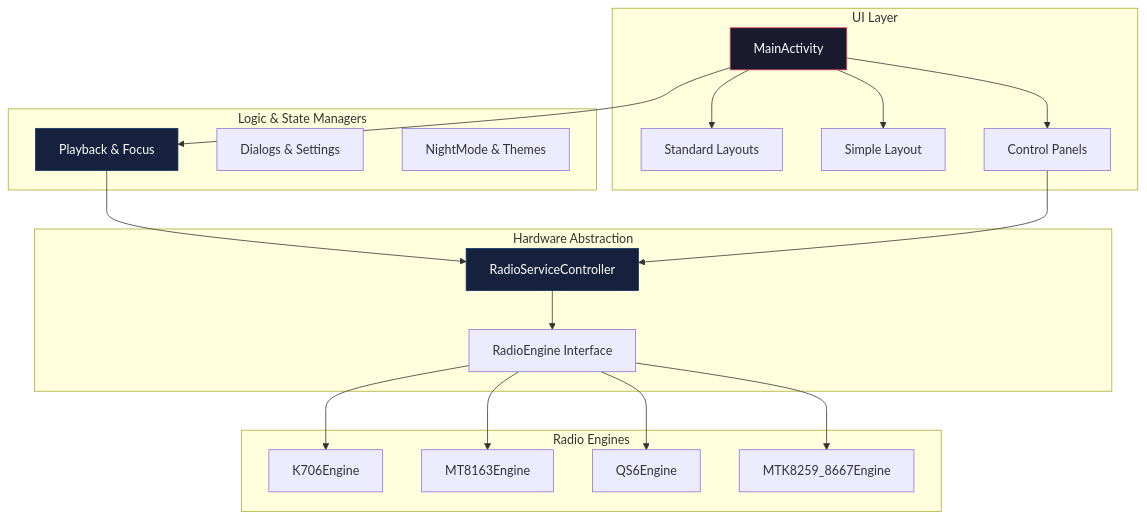
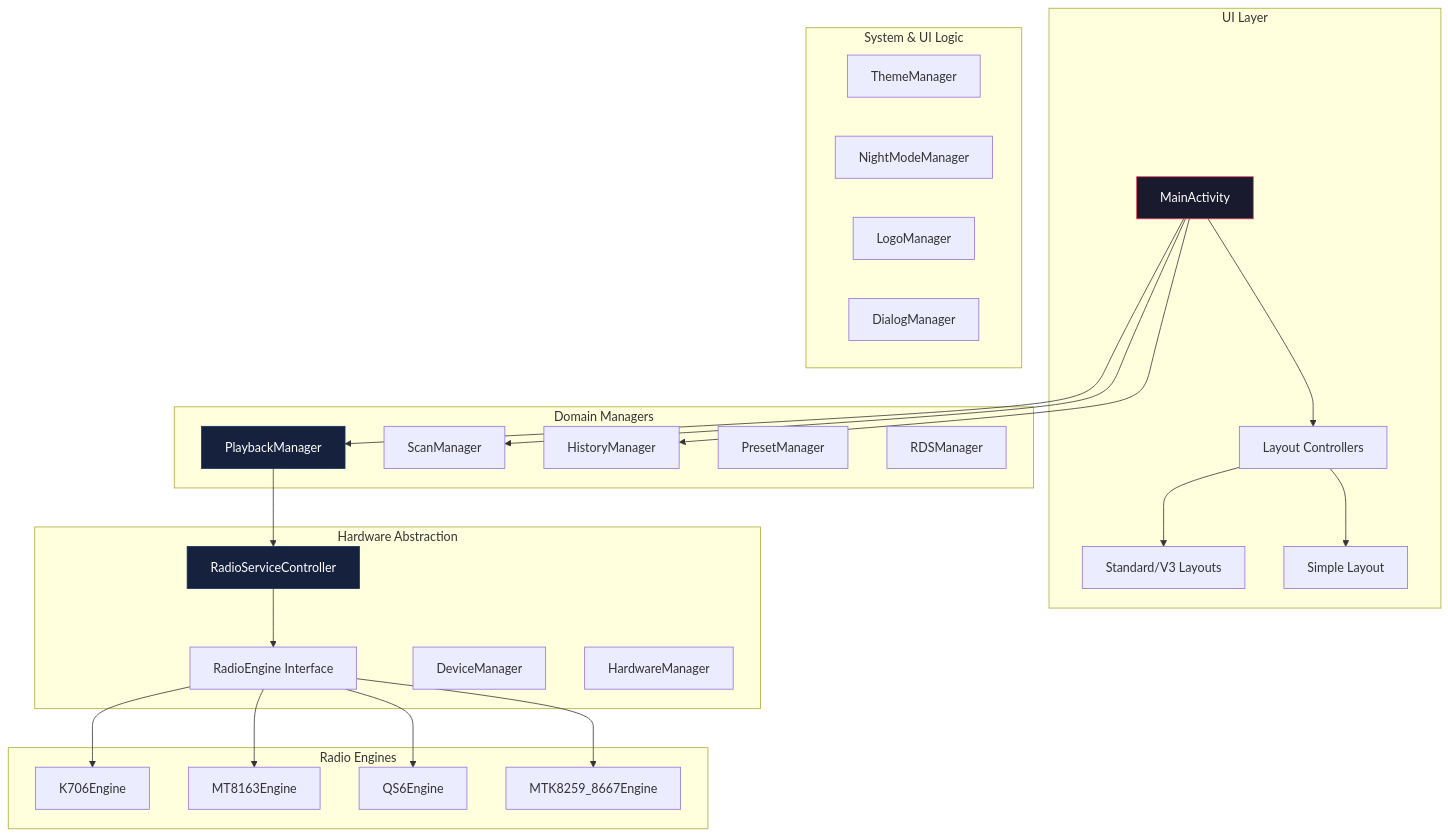
One commit to kapi21/OpenRadioFM changed the diagram in README.md. Above: the diagram before and after it, drawn with Mermaid. The commit also changed other lines of this file and 2 other files, not shown here.

Commit message:
Release V5.0.0 (Stability Beta) - Unified Branding, MTK8259 Support and Architecture Refactor

````diff
--- a/README.md
+++ b/README.md
@@ -56,43 +48,55 @@
 ```mermaid
 graph TB
     subgraph "UI Layer"
         MA[MainActivity]
-        STM[Standard Layouts]
+        LCN[Layout Controllers]
+        STM[Standard/V3 Layouts]
         SLM[Simple Layout]
-        CPM[Control Panels]
     end
 
-    subgraph "Logic & State Managers"
-        PM[Playback & Focus]
-        DM[Dialogs & Settings]
-        NM[NightMode & Themes]
+    subgraph "Domain Managers"
+        PM[PlaybackManager]
+        SM[ScanManager]
+        HM[HistoryManager]
+        PRM[PresetManager]
+        RDS[RDSManager]
+    end
+
+    subgraph "System & UI Logic"
+        TM[ThemeManager]
+        NM[NightModeManager]
+        LM[LogoManager]
+        DM[DialogManager]
     end
 
     subgraph "Hardware Abstraction"
-        RS[RadioServiceController]
-        RE[RadioEngine Interface]
+        RSC[RadioServiceController]
+        REI[RadioEngine Interface]
+        DEV[DeviceManager]
+        HWM[HardwareManager]
     end
 
     subgraph "Radio Engines"
         K706[K706Engine]
         MT[MT8163Engine]
         QS[QS6Engine]
         MTK[MTK8259_8667Engine]
     end
 
-    MA --> STM
-    MA --> SLM
-    MA --> CPM
+    MA --> LCN
+    LCN --> STM
+    LCN --> SLM
     MA --> PM
-    PM --> RS
-    CPM --> RS
-    RS --> RE
-    RE --> K706
-    RE --> MT
-    RE --> QS
-    RE --> MTK
-
+    MA --> SM
+    MA --> HM
+    PM --> RSC
+    RSC --> REI
+    REI --> K706
+    REI --> MT
+    REI --> QS
+    REI --> MTK
+    
     style MA fill:#1a1a2e,stroke:#e94560,color:#fff
     style PM fill:#16213e,stroke:#0f3460,color:#fff
-    style RS fill:#16213e,stroke:#0f3460,color:#fff
+    style RSC fill:#16213e,stroke:#0f3460,color:#fff
 ```
````
